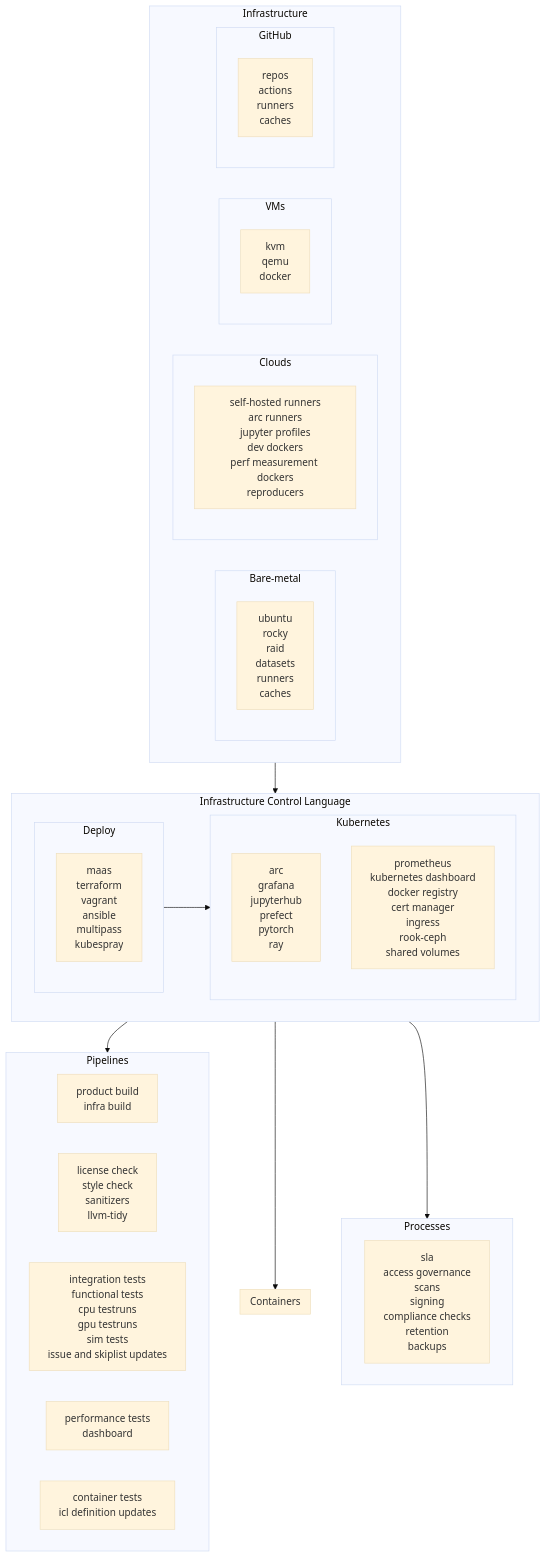
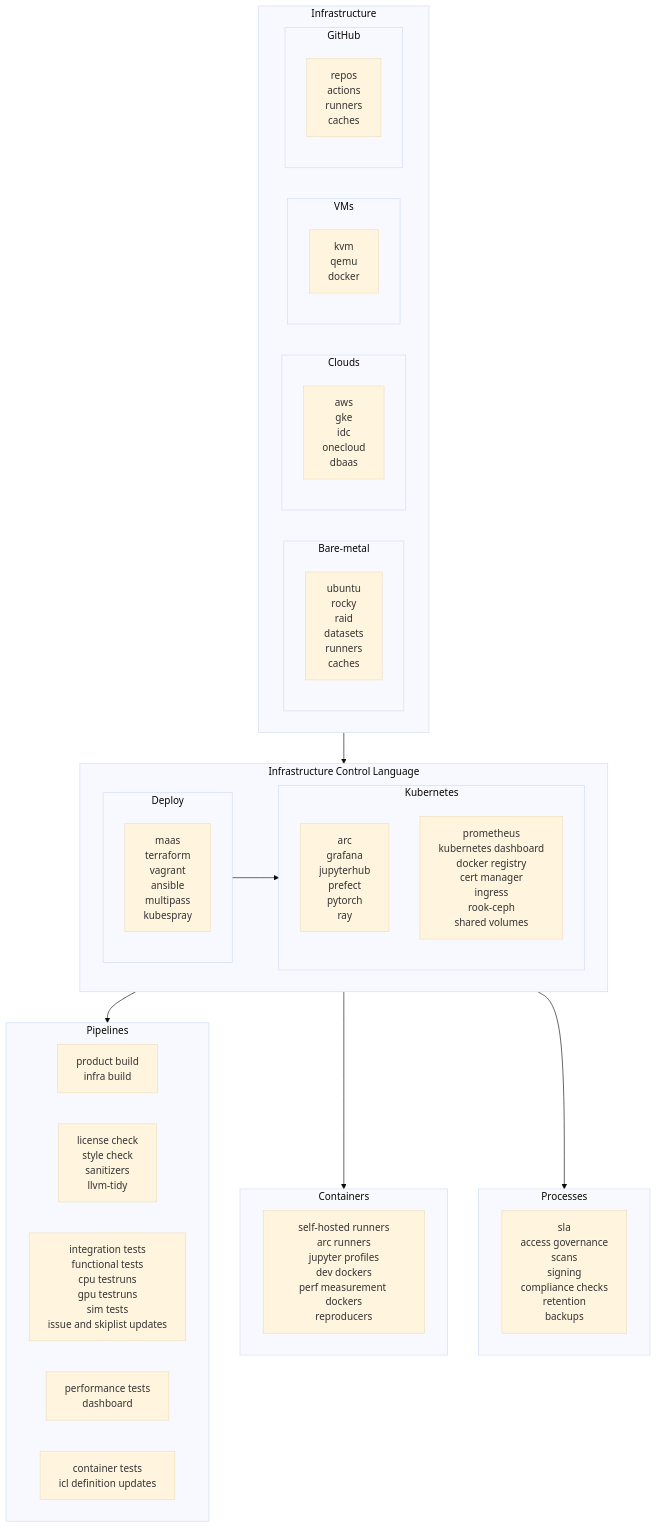
The diagram in README.md (aregm/icl), drawn with Mermaid (base theme) before and after one commit.

Commit message:
Add containers, r2

```diff
--- a/README.md
+++ b/README.md
@@ -172,7 +172,7 @@
 
 
     subgraph Containers
-         c["`self-hosted runners
+         cnt["`self-hosted runners
          arc runners
          jupyter profiles
          dev dockers
```
